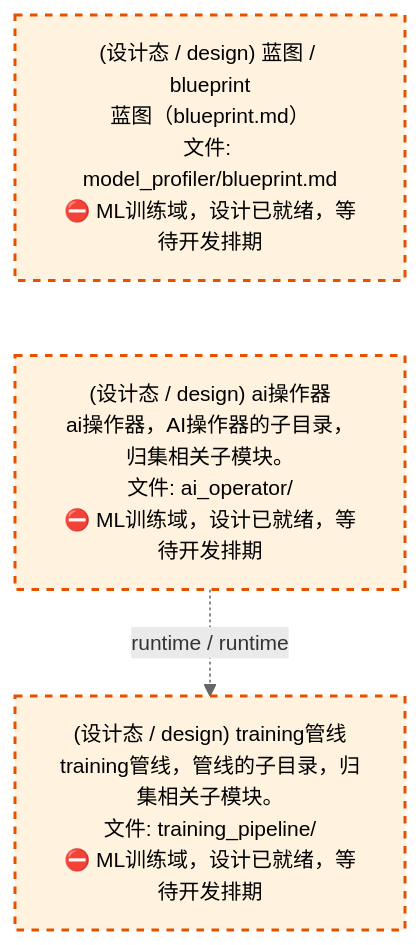
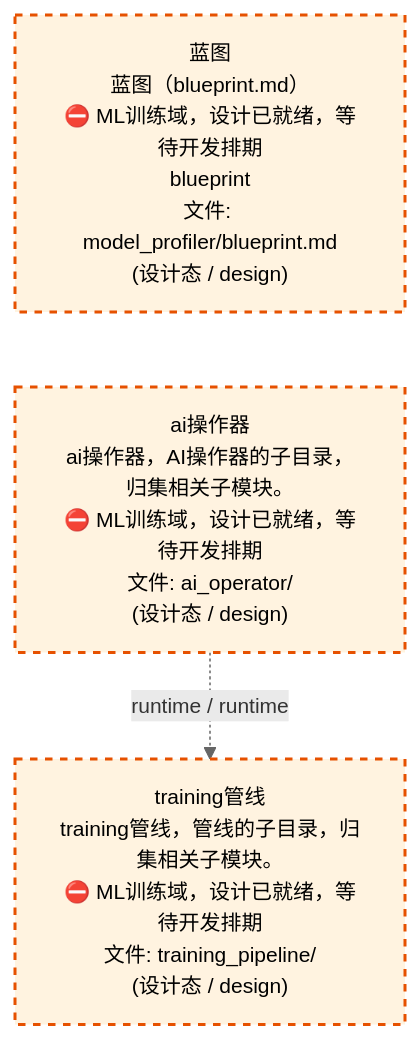
The third of 4 diagrams in docs/02_enterprise_architecture/02_domain_architecture_docs/61_d_ml_train.md (xuanFelixVan/ZephyrAlpha), drawn with Mermaid before and after one commit. The commit also changed other lines of this file and 62 other files, not shown here.

````diff
--- a/docs/02_enterprise_architecture/02_domain_architecture_docs/61_d_ml_train.md
+++ b/docs/02_enterprise_architecture/02_domain_architecture_docs/61_d_ml_train.md
@@ -119,14 +119,14 @@
 ```mermaid
 %%{init: {'theme': 'base', 'themeVariables': {'primaryColor': '#eaeaea', 'primaryTextColor': '#333333', 'primaryBorderColor': '#666666', 'lineColor': '#666666', 'secondaryColor': '#eaeaea', 'tertiaryColor': '#eaeaea', 'fontSize': '14px'}}}%%
 flowchart TD
-    docs_03_modules_cross_layer_model_profiler_blueprint_md["(设计态 / design) 蓝图 / blueprint<br/>蓝图（blueprint.md）<br/>文件: model_profiler/blueprint.md<br/>⛔ ML训练域，设计已就绪，等待开发排期"]
-    src_zephyr_ml_train_ai_operator["(设计态 / design) ai操作器<br/>ai操作器，AI操作器的子目录，归集相关子模块。<br/>文件: ai_operator/<br/>⛔ ML训练域，设计已就绪，等待开发排期"]
+    docs_03_modules_cross_layer_model_profiler_blueprint_md["蓝图<br/>蓝图（blueprint.md）<br/>⛔ ML训练域，设计已就绪，等待开发排期<br/>blueprint<br/>文件: model_profiler/blueprint.md<br/>(设计态 / design)"]
+    src_zephyr_ml_train_ai_operator["ai操作器<br/>ai操作器，AI操作器的子目录，归集相关子模块。<br/>⛔ ML训练域，设计已就绪，等待开发排期<br/>文件: ai_operator/<br/>(设计态 / design)"]
     docs_03_modules_cross_layer_model_profiler_blueprint_md ~~~ src_zephyr_ml_train_ai_operator
-    src_zephyr_ml_train_training_pipeline["(设计态 / design) training管线<br/>training管线，管线的子目录，归集相关子模块。<br/>文件: training_pipeline/<br/>⛔ ML训练域，设计已就绪，等待开发排期"]
+    src_zephyr_ml_train_training_pipeline["training管线<br/>training管线，管线的子目录，归集相关子模块。<br/>⛔ ML训练域，设计已就绪，等待开发排期<br/>文件: training_pipeline/<br/>(设计态 / design)"]
     src_zephyr_ml_train_ai_operator -.->|runtime / runtime| src_zephyr_ml_train_training_pipeline
     classDef production fill:#e1f5fe,stroke:#01579b,stroke-width:2px,color:#000
     classDef design fill:#fff3e0,stroke:#e65100,stroke-width:2px,color:#000,stroke-dasharray: 5 5
     classDef external_prod fill:#e8f4fd,stroke:#0277bd,stroke-width:1px,color:#000
     classDef external_design fill:#fff8e7,stroke:#ef6c00,stroke-width:1px,color:#000,stroke-dasharray: 5 5
     class docs_03_modules_cross_layer_model_profiler_blueprint_md,src_zephyr_ml_train_ai_operator,src_zephyr_ml_train_training_pipeline design
 ```
````
